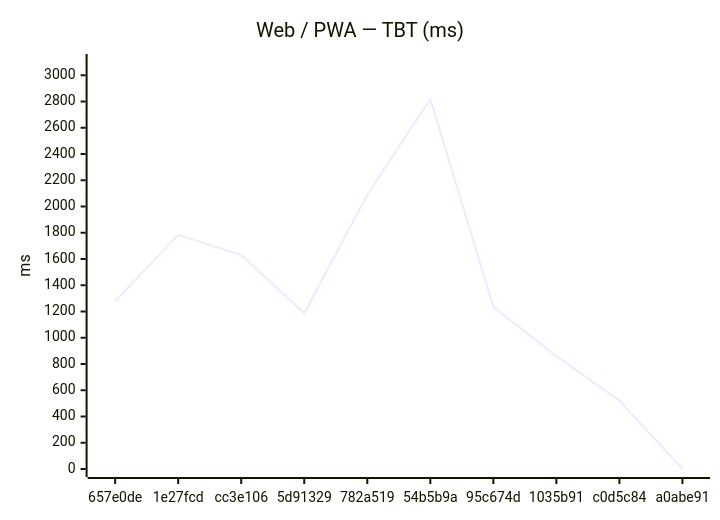
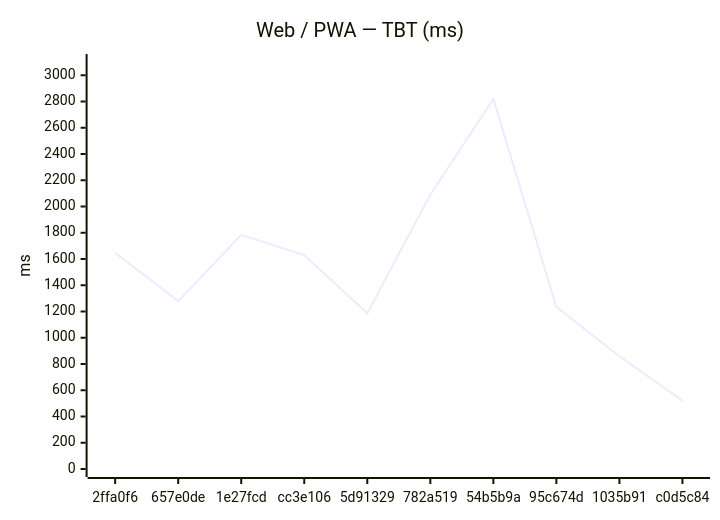
The second of 18 diagrams in benchmarks/compare.md (Metaheurist/Rianell), drawn with Mermaid before and after one commit. The commit also changed other lines of this file and 11 other files, not shown here.

````diff
--- a/benchmarks/compare.md
+++ b/benchmarks/compare.md
@@ -31,7 +31,7 @@
 ```mermaid
 xychart-beta
     title "Web / PWA — TBT (ms)"
-    x-axis ["657e0de", "1e27fcd", "cc3e106", "5d91329", "782a519", "54b5b9a", "95c674d", "1035b91", "c0d5c84", "a0abe91"]
+    x-axis ["2ffa0f6", "657e0de", "1e27fcd", "cc3e106", "5d91329", "782a519", "54b5b9a", "95c674d", "1035b91", "c0d5c84"]
     y-axis "ms" 0 --> 3101
-    line [1279, 1784, 1630, 1186, 2090, 2819, 1235, 859, 521, 0]
+    line [1647, 1279, 1784, 1630, 1186, 2090, 2819, 1235, 859, 521]
 ```
````
